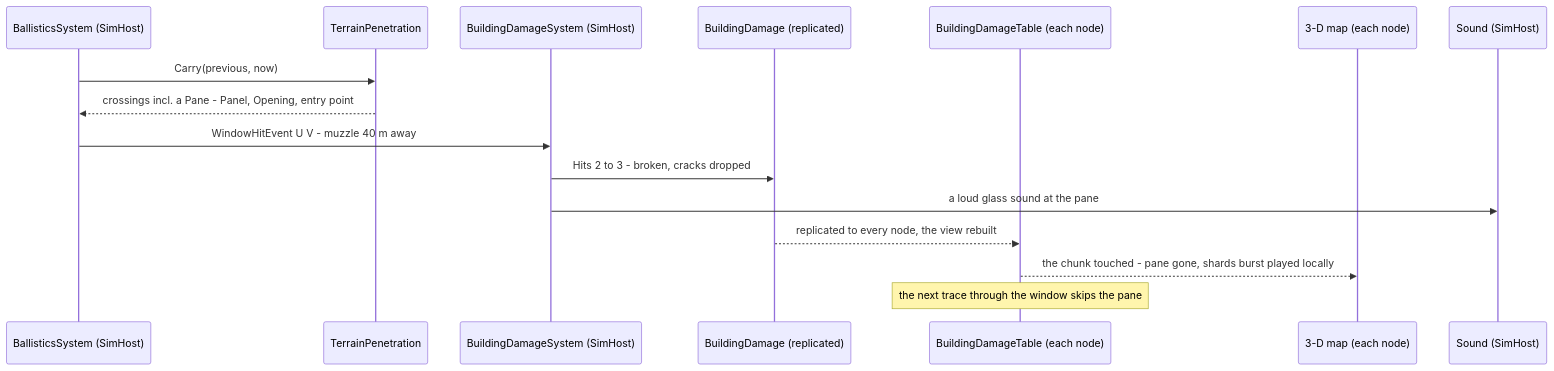
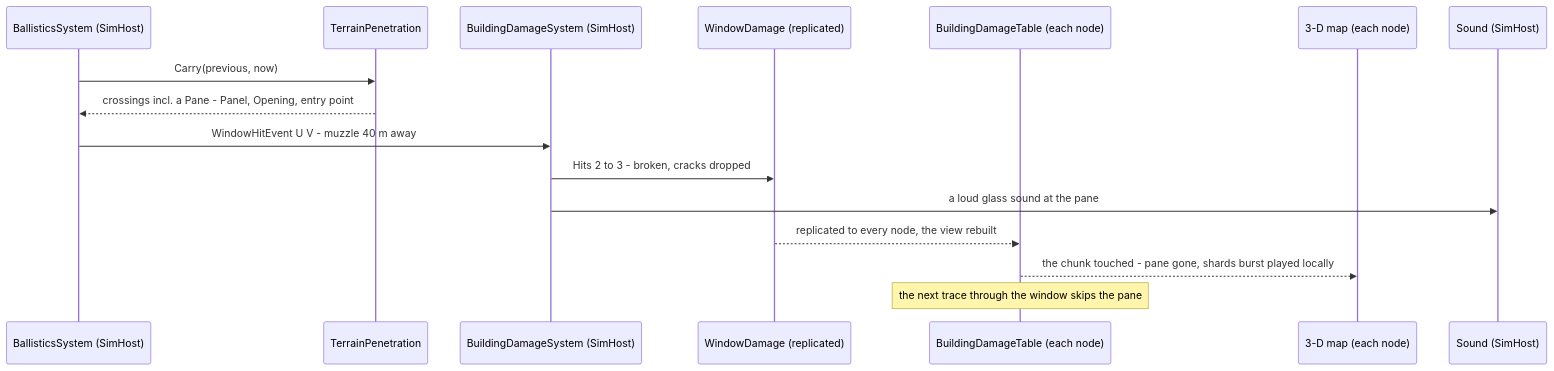
The second of 3 diagrams in docs/DESIGN_Glass_Windows.md (pjanec/HROT), drawn with Mermaid before and after one commit. The commit also changed other lines of this file and 1 other file, not shown here.

First line of the commit message:
DESIGN_Glass_Windows D-3 revised: a separate WindowDamage on the same damage entity (records share identity, not meaning or write rate); BuildingDamage untouched

````diff
--- a/docs/DESIGN_Glass_Windows.md
+++ b/docs/DESIGN_Glass_Windows.md
@@ -136,18 +141,18 @@
 ```mermaid
 sequenceDiagram
   participant B as BallisticsSystem (SimHost)
   participant P as TerrainPenetration
   participant W as BuildingDamageSystem (SimHost)
-  participant D as BuildingDamage (replicated)
+  participant D as WindowDamage (replicated)
   participant V as BuildingDamageTable (each node)
   participant M as 3-D map (each node)
   participant S as Sound (SimHost)
   B->>P: Carry(previous, now)
   P-->>B: crossings incl. a Pane - Panel, Opening, entry point
   B->>W: WindowHitEvent U V - muzzle 40 m away
   W->>D: Hits 2 to 3 - broken, cracks dropped
   W->>S: a loud glass sound at the pane
   D-->>V: replicated to every node, the view rebuilt
   V-->>M: the chunk touched - pane gone, shards burst played locally
   Note over V: the next trace through the window skips the pane
 ```
````
